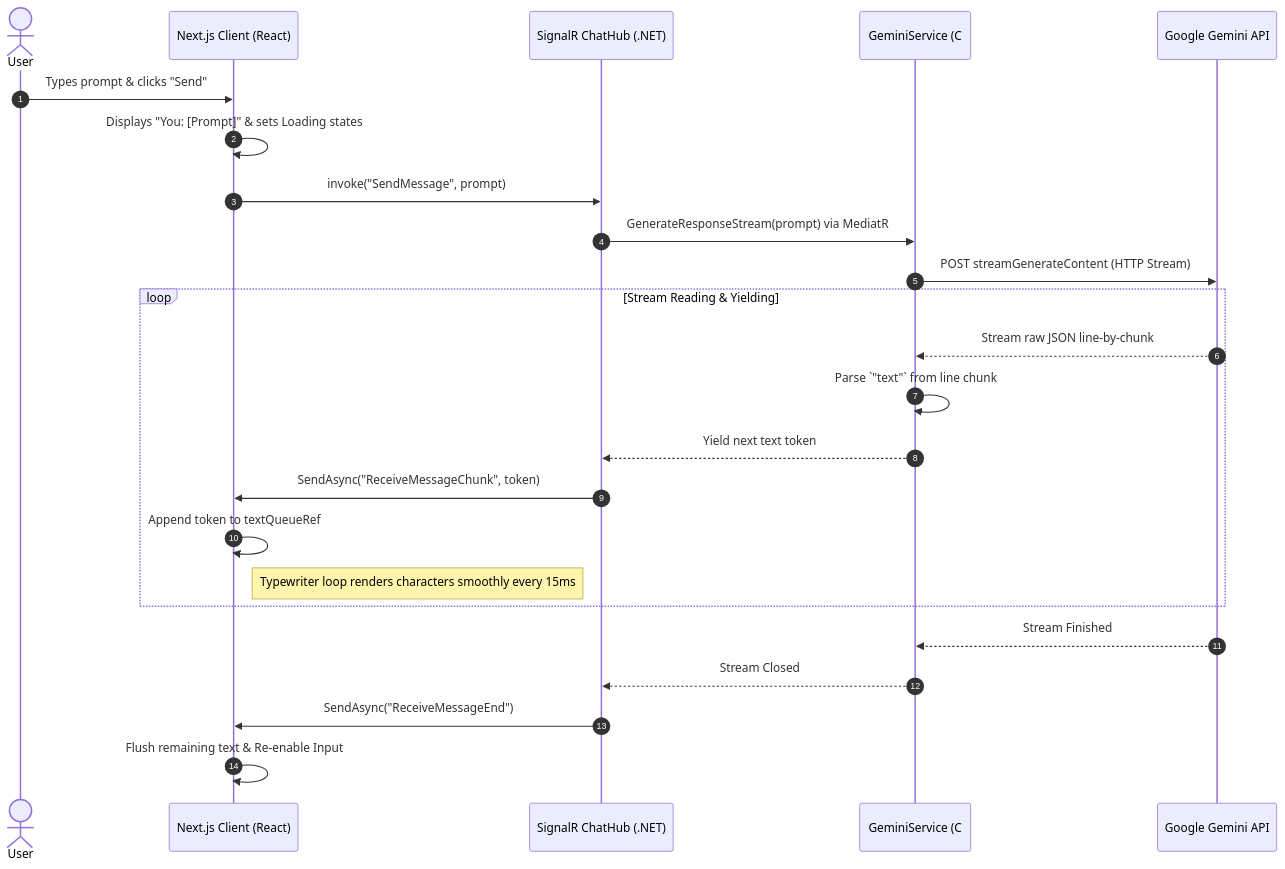
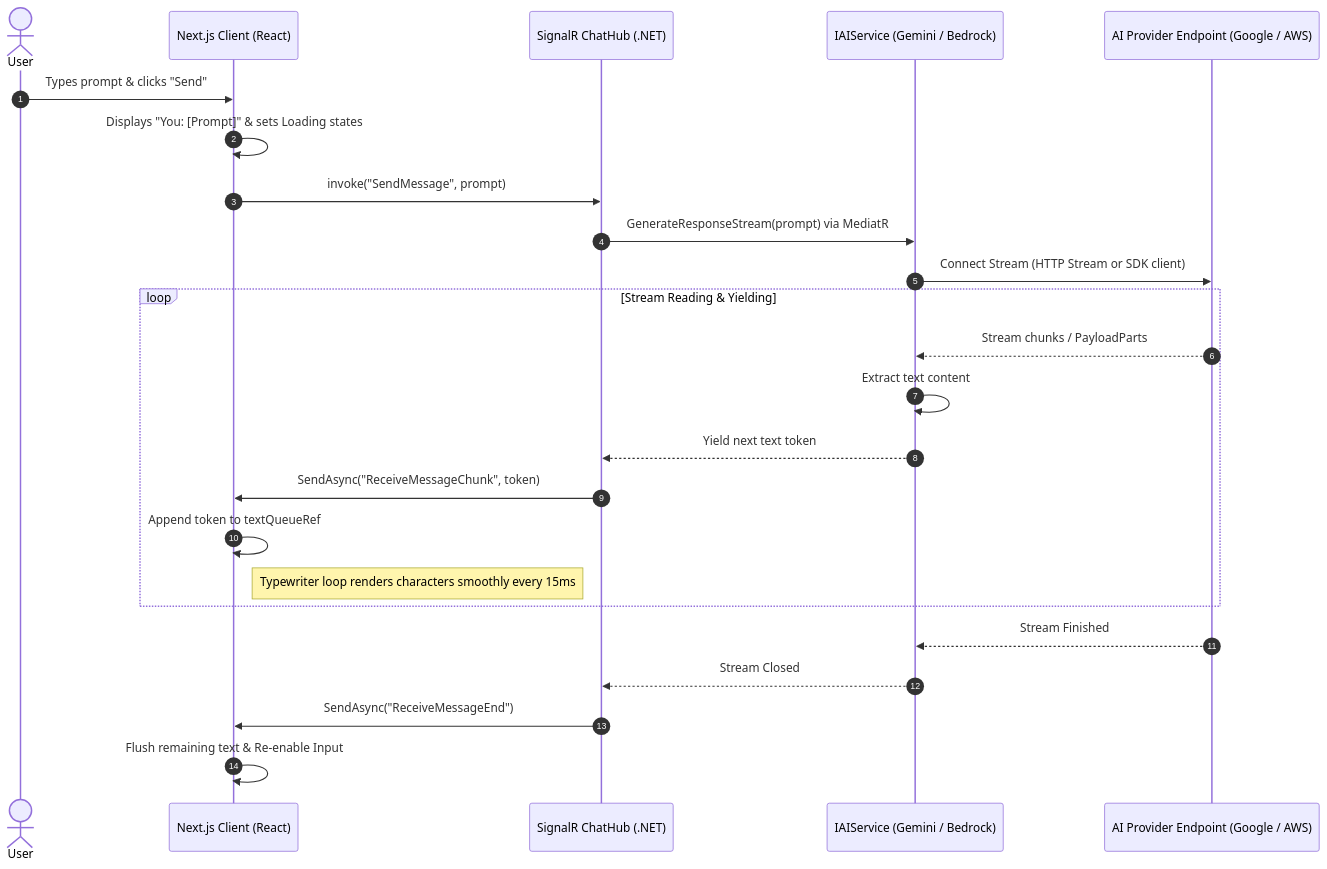
One commit to imAneeshD/ai-service changed the second of 2 diagrams in PROJECT_ARCHITECTURE.md. Above: the diagram before and after it, drawn with Mermaid. The commit also changed other lines of this file and 3 other files, not shown here.

Commit message:
feat: Add AWS Bedrock Agent integration and update documentation

````diff
--- a/PROJECT_ARCHITECTURE.md
+++ b/PROJECT_ARCHITECTURE.md
@@ -23,29 +25,29 @@
 ```mermaid
 sequenceDiagram
     autonumber
     actor User as User
     participant Frontend as Next.js Client (React)
     participant Hub as SignalR ChatHub (.NET)
-    participant Service as GeminiService (C#)
-    participant API as Google Gemini API
+    participant Service as IAIService (Gemini / Bedrock)
+    participant API as AI Provider Endpoint (Google / AWS)
 
     User->>Frontend: Types prompt & clicks "Send"
     Frontend->>Frontend: Displays "You: [Prompt]" & sets Loading states
     Frontend->>Hub: invoke("SendMessage", prompt)
     Hub->>Service: GenerateResponseStream(prompt) via MediatR
-    Service->>API: POST streamGenerateContent (HTTP Stream)
+    Service->>API: Connect Stream (HTTP Stream or SDK client)
     
     loop Stream Reading & Yielding
-        API-->>Service: Stream raw JSON line-by-chunk
-        Service->>Service: Parse `"text"` from line chunk
+        API-->>Service: Stream chunks / PayloadParts
+        Service->>Service: Extract text content
         Service-->>Hub: Yield next text token
         Hub->>Frontend: SendAsync("ReceiveMessageChunk", token)
         Frontend->>Frontend: Append token to textQueueRef
         Note right of Frontend: Typewriter loop renders characters smoothly every 15ms
     end
 
     API-->>Service: Stream Finished
     Service-->>Hub: Stream Closed
     Hub->>Frontend: SendAsync("ReceiveMessageEnd")
     Frontend->>Frontend: Flush remaining text & Re-enable Input
 ```
````
